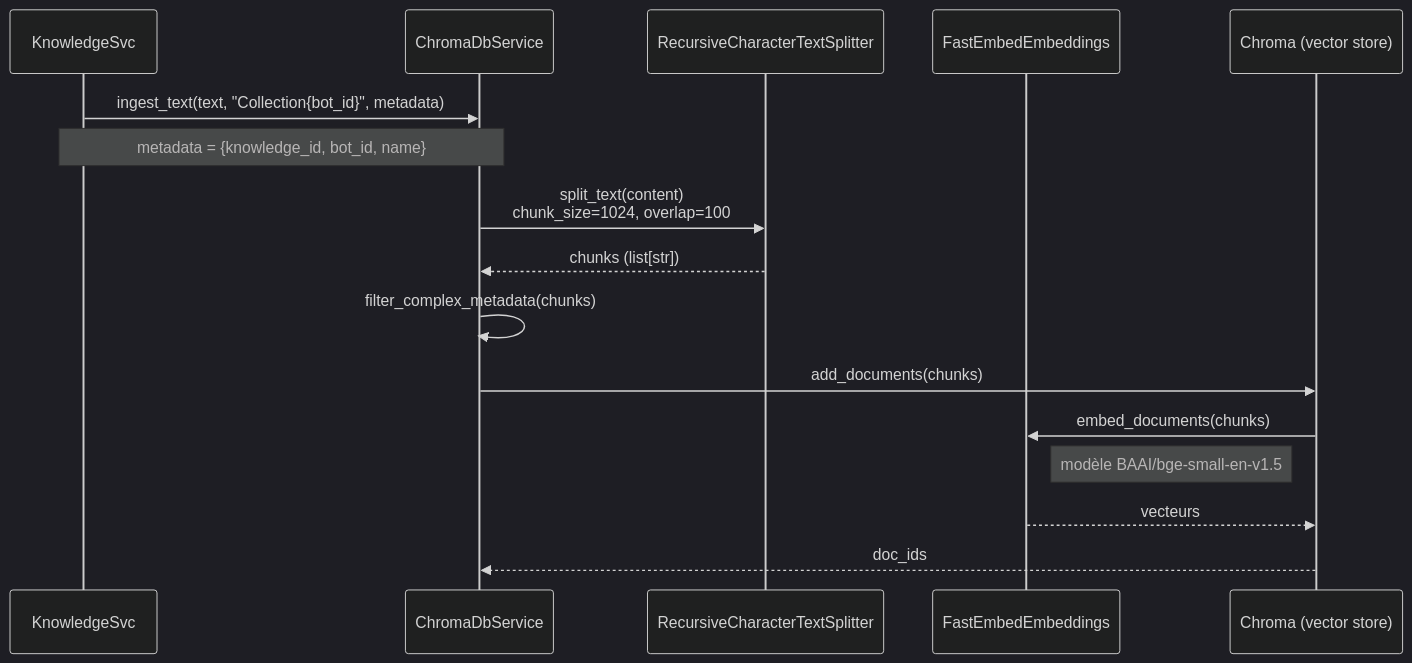
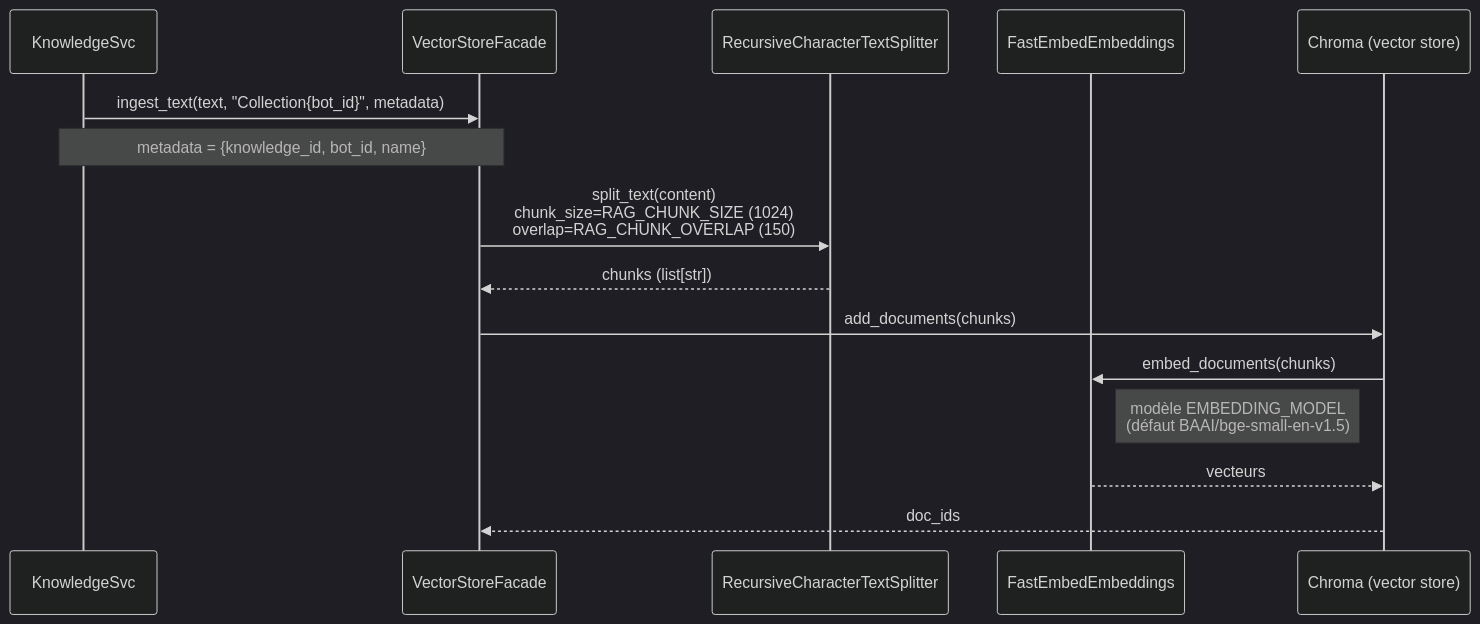
One commit to pierrefaraco/bot-factory changed the second of 6 diagrams in server/doc/LANGCHAIN_ARCHITECTURE.md. Above: the diagram before and after it, drawn with Mermaid (dark theme). The commit also changed other lines of this file and 25 other files, not shown here.

````diff
--- a/server/doc/LANGCHAIN_ARCHITECTURE.md
+++ b/server/doc/LANGCHAIN_ARCHITECTURE.md
@@ -66,19 +77,18 @@
 ```mermaid
 sequenceDiagram
     participant KS as KnowledgeSvc
-    participant CDB as ChromaDbService
+    participant CDB as VectorStoreFacade
     participant Split as RecursiveCharacterTextSplitter
     participant Embed as FastEmbedEmbeddings
     participant Chroma as Chroma (vector store)
 
     KS->>CDB: ingest_text(text, "Collection{bot_id}", metadata)
     Note over KS,CDB: metadata = {knowledge_id, bot_id, name}
-    CDB->>Split: split_text(content)<br/>chunk_size=1024, overlap=100
+    CDB->>Split: split_text(content)<br/>chunk_size=RAG_CHUNK_SIZE (1024)<br/>overlap=RAG_CHUNK_OVERLAP (150)
     Split-->>CDB: chunks (list[str])
-    CDB->>CDB: filter_complex_metadata(chunks)
     CDB->>Chroma: add_documents(chunks)
     Chroma->>Embed: embed_documents(chunks)
-    Note right of Embed: modèle BAAI/bge-small-en-v1.5
+    Note right of Embed: modèle EMBEDDING_MODEL<br/>(défaut BAAI/bge-small-en-v1.5)
     Embed-->>Chroma: vecteurs
     Chroma-->>CDB: doc_ids
 ```
````
